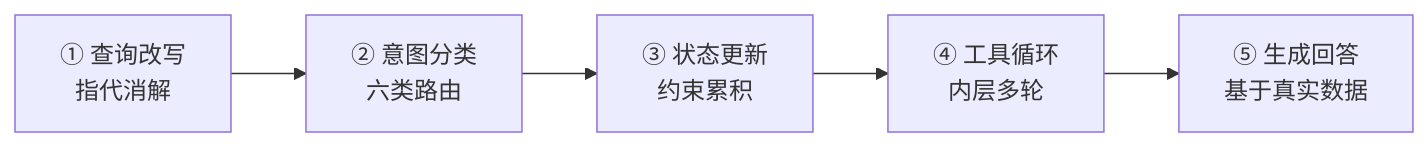
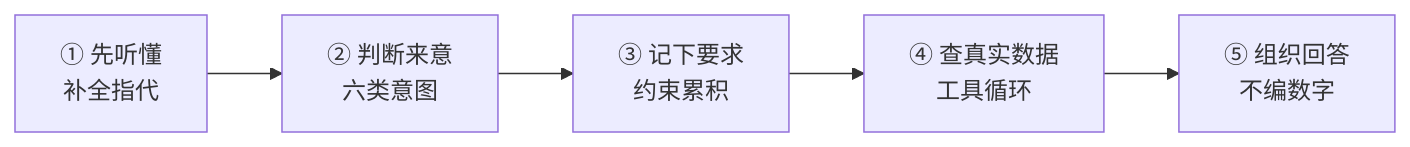
The second of 3 diagrams in README.md (GodShelvis/agent-demo), drawn with Mermaid before and after one commit. The commit also changed other lines of this file, not shown here.

````diff
--- a/README.md
+++ b/README.md
@@ -57,7 +80,7 @@
 ```mermaid
 flowchart LR
-    M1["① 查询改写<br/>指代消解"] --> M2["② 意图分类<br/>六类路由"]
-    M2 --> M3["③ 状态更新<br/>约束累积"]
-    M3 --> M4["④ 工具循环<br/>内层多轮"]
-    M4 --> M5["⑤ 生成回答<br/>基于真实数据"]
+    M1["① 先听懂<br/>补全指代"] --> M2["② 判断来意<br/>六类意图"]
+    M2 --> M3["③ 记下要求<br/>约束累积"]
+    M3 --> M4["④ 查真实数据<br/>工具循环"]
+    M4 --> M5["⑤ 组织回答<br/>不编数字"]
 ```
````
